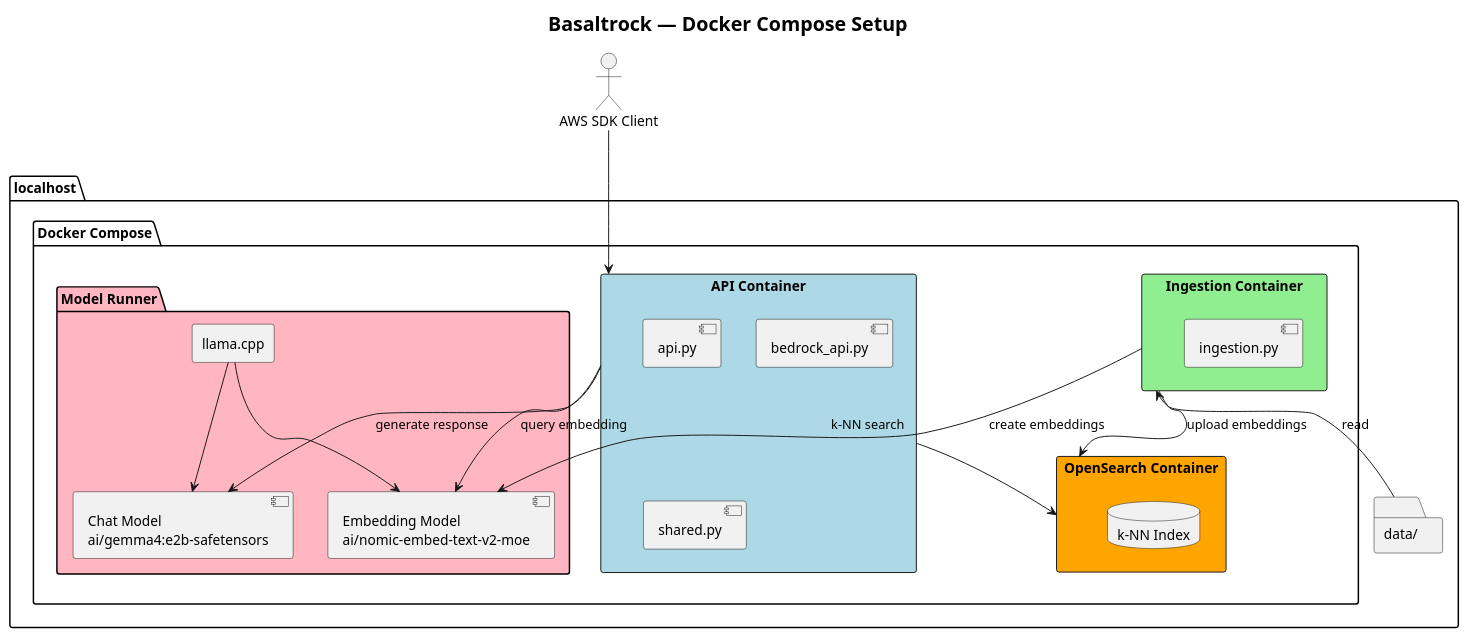
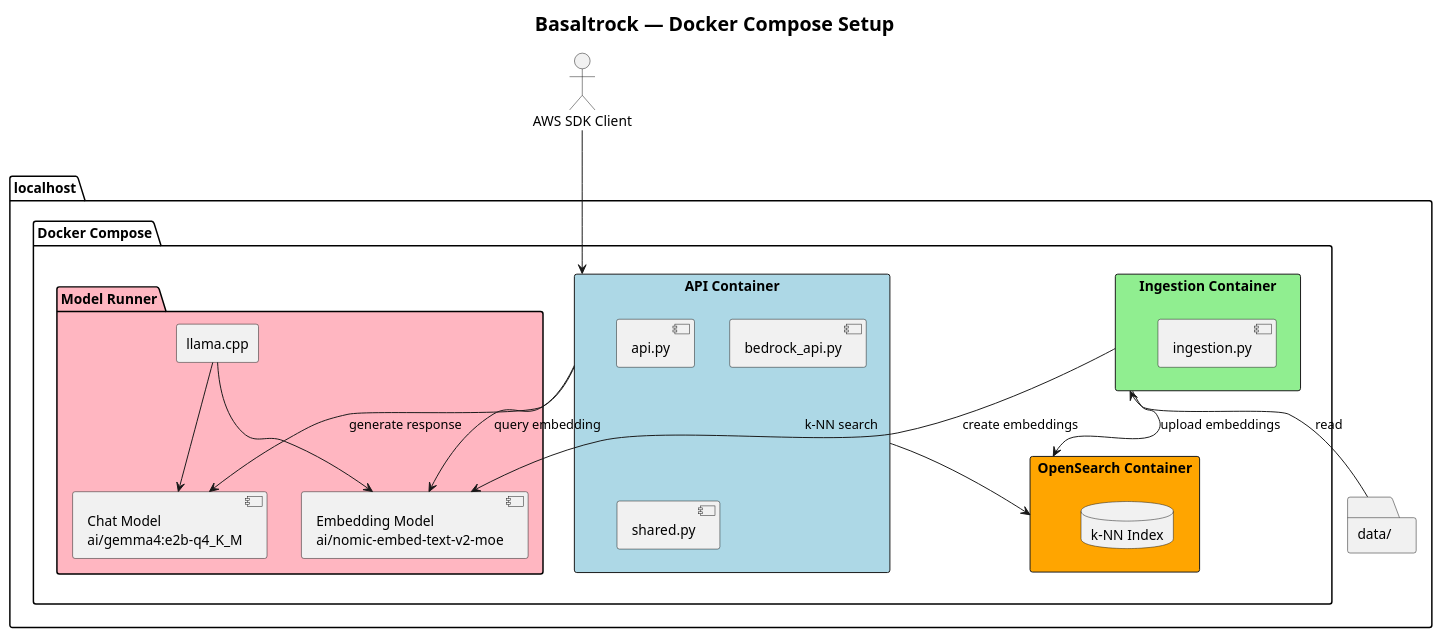
One commit to bohdanartiushenko/basaltrock changed the diagram in docs/basaltrock-docker.puml. Above: the diagram before and after it, drawn with PlantUML. The commit also changed 11 other files, not shown here.

```diff
--- a/docs/basaltrock-docker.puml
+++ b/docs/basaltrock-docker.puml
@@ -1,47 +1,47 @@
 @startuml
 
 title <size:20>Basaltrock — Docker Compose Setup</size>
 
 actor "AWS SDK Client" as awsuser
 
 
 package localhost {
 folder "data/" as datafiles
 package "Docker Compose" {
 
   rectangle "OpenSearch Container" as opensearch #Orange {
     database "k-NN Index"
   }
 
   rectangle "Ingestion Container" as ingestion #LightGreen {
     component "ingestion.py"
   }
 
   rectangle "API Container" as api #LightBlue {
     component "api.py"
     component "bedrock_api.py"
     component "shared.py"
   }
 
 package "Model Runner" #LightPink {
   rectangle "llama.cpp" as modelrunner
-  component "Chat Model\nai/gemma4:e2b-safetensors" as chatmodel
+  component "Chat Model\nai/gemma4:e2b-q4_K_M" as chatmodel
   component "Embedding Model\nai/nomic-embed-text-v2-moe" as embedmodel
 
   modelrunner --> chatmodel
   modelrunner --> embedmodel
 }
   ingestion <-- datafiles : read
   ingestion --> opensearch : upload embeddings
   api --> opensearch : k-NN search
 }
 
 
 
 awsuser --> api
 
 ingestion --> embedmodel : create embeddings
 api --> embedmodel : query embedding
 api --> chatmodel : generate response
 }
 @enduml
```
